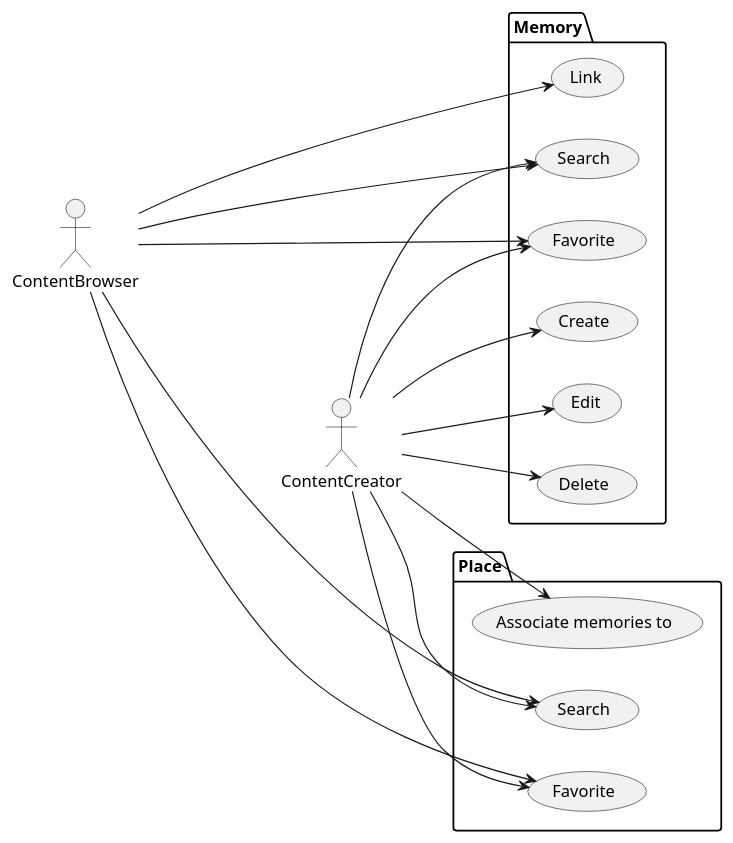
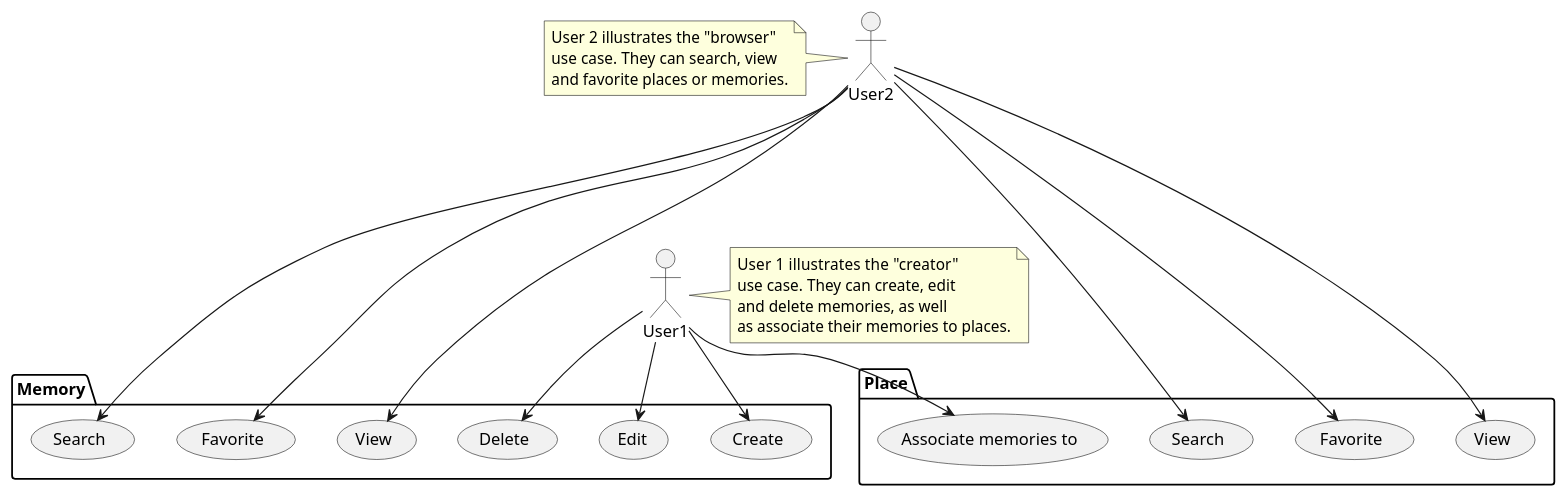
The diagram in architecture/usecases.puml (mateusk/mnemo), drawn with PlantUML before and after one commit. The commit also changed 3 other files, not shown here.

Commit message:
Update UML diagrams

```diff
--- a/architecture/usecases.puml
+++ b/architecture/usecases.puml
@@ -1,36 +1,47 @@
 @startuml Usecases
-left to right direction
-actor ContentCreator as contentCreator
-actor ContentBrowser as browser
+
+actor User1 as user1
+actor User2 as user2
 
 package Memory {
   usecase "Create" as UC1
   usecase "Edit" as UC2
   usecase "Search" as UC3
   usecase "Favorite" as UC4
-  usecase "Link" as UC5
+  usecase "View" as UC5
   usecase "Delete" as UC6
 }
 
 package Place {
   usecase "Search" as UC7
   usecase "Associate memories to" as UC8
   usecase "Favorite" as UC9
+  usecase "View" as UC10
 }
 
-contentCreator --> UC1
-contentCreator --> UC2
-contentCreator --> UC3
-contentCreator --> UC4
-contentCreator --> UC6
-contentCreator --> UC7
-contentCreator --> UC8
-contentCreator --> UC9
+note right of (user1)
+ User 1  illustrates the "creator"
+ use case. They can create, edit
+ and delete memories, as well
+ as associate their memories to places.
+end note
 
-browser ----> UC3
-browser ----> UC4
-browser ----> UC7
-browser ----> UC9
-browser ----> UC5
+user1 --> UC1
+user1 --> UC2
+user1 --> UC6
+user1 --> UC8
+
+note left of (user2)
+ User 2 illustrates the "browser"
+ use case. They can search, view
+ and favorite places or memories.
+end note
+
+user2 ----> UC3
+user2 ----> UC4
+user2 ----> UC7
+user2 ----> UC9
+user2 ----> UC5
+user2 ----> UC10
 
 @enduml
```
